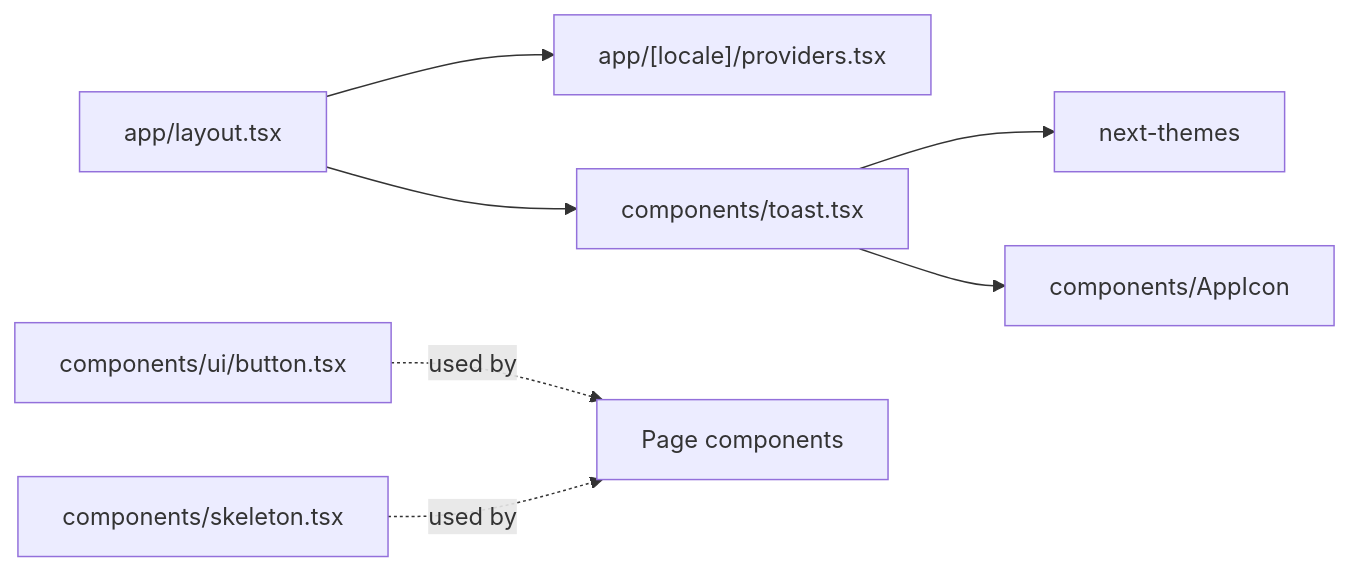
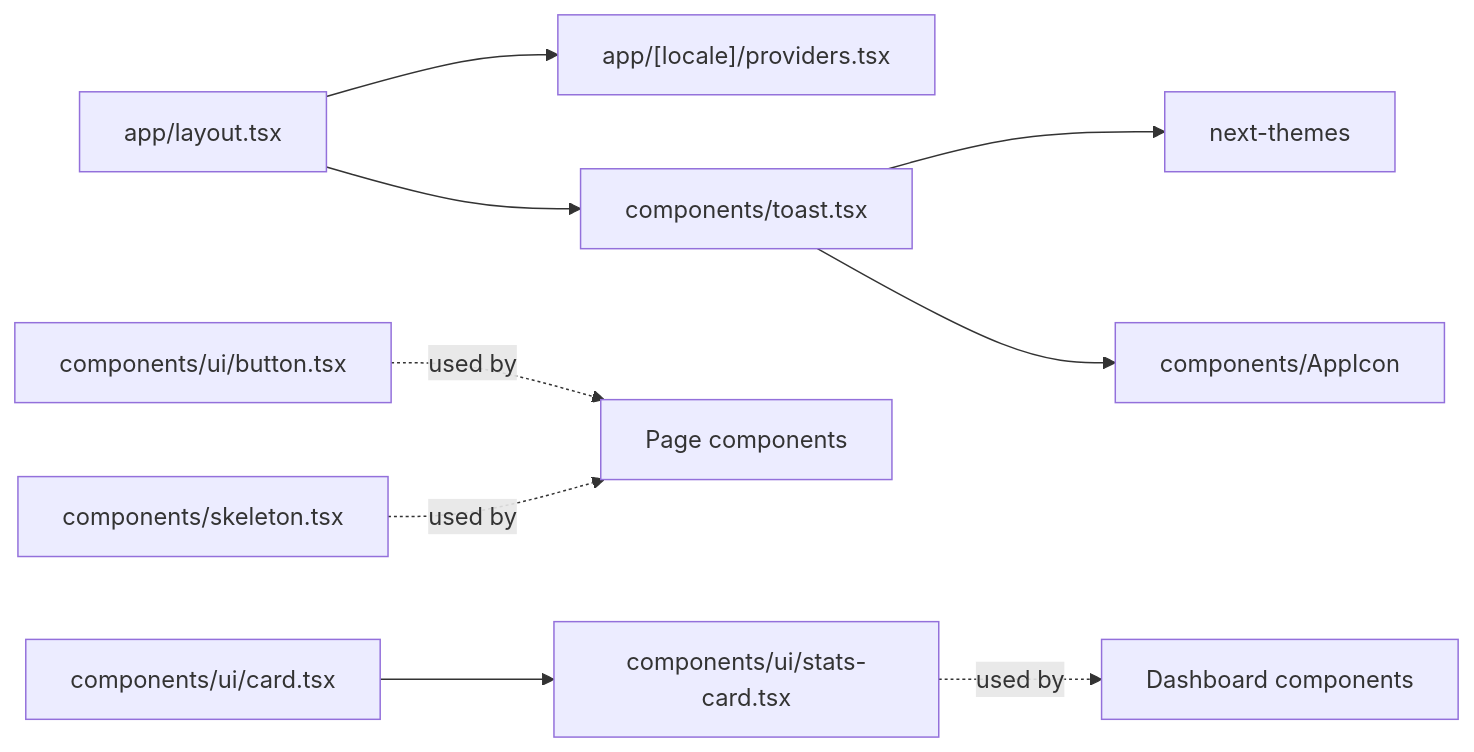
Before and after one commit to mustafaalkusaj/appschoolmustafa2002: the eighth of 8 diagrams in .qoder/repowiki/en/content/UI Components/Core UI Components.md, drawn with Mermaid. The commit also changed other lines of this file and 277 other files, not shown here.

Commit message:
Comprehensive polish: dashboard enhancements, payments/salaries/students/super-admin improvements, new UI components (badge, tabs, etc.), Figma handoff docs, redesign audits, tests, i18n, lib updates, performance reports

````diff
--- a/.qoder/repowiki/en/content/UI Components/Core UI Components.md
+++ b/.qoder/repowiki/en/content/UI Components/Core UI Components.md
@@ -262,9 +399,11 @@
 ```mermaid
 graph LR
 L["app/layout.tsx"] --> P["app/[locale]/providers.tsx"]
 L --> TP["components/toast.tsx"]
 TP --> TH["next-themes"]
 TP --> AI["components/AppIcon"]
 BTN["components/ui/button.tsx"] -.->|"used by"| Pages["Page components"]
 SKEL["components/skeleton.tsx"] -.->|"used by"| Pages
+CARD["components/ui/card.tsx"] --> STATSCARD["components/ui/stats-card.tsx"]
+STATSCARD -.->|"used by"| Dashboard["Dashboard components"]
 ```
````
